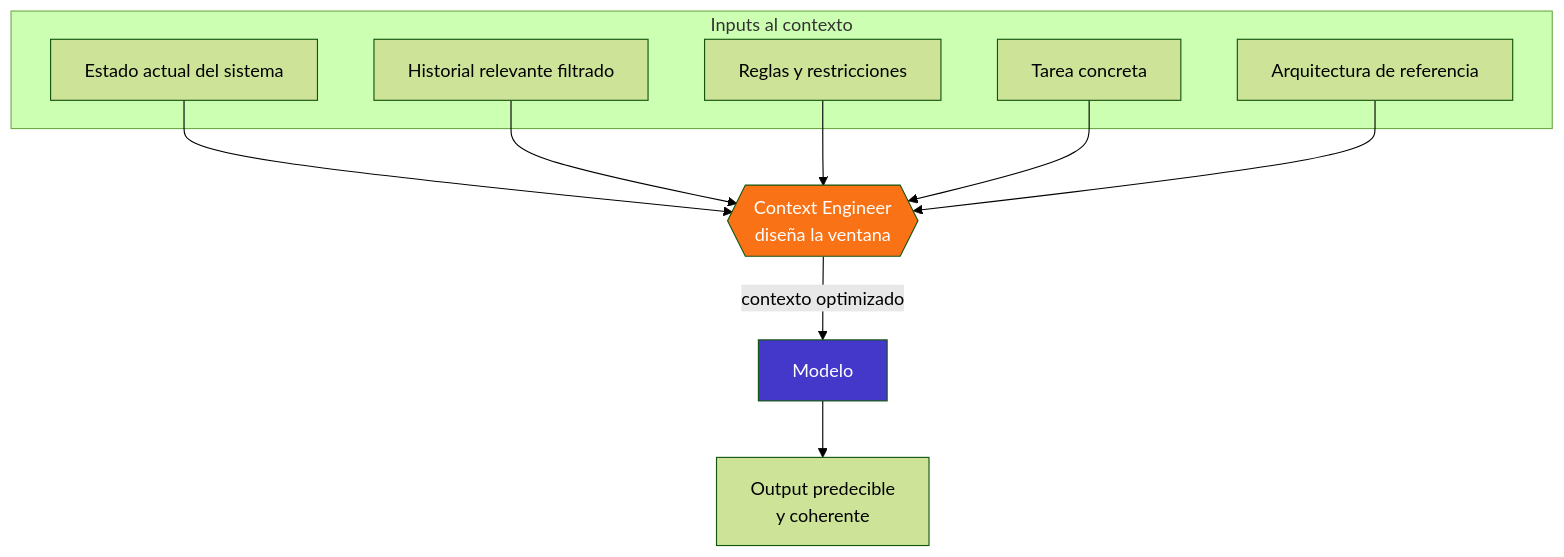
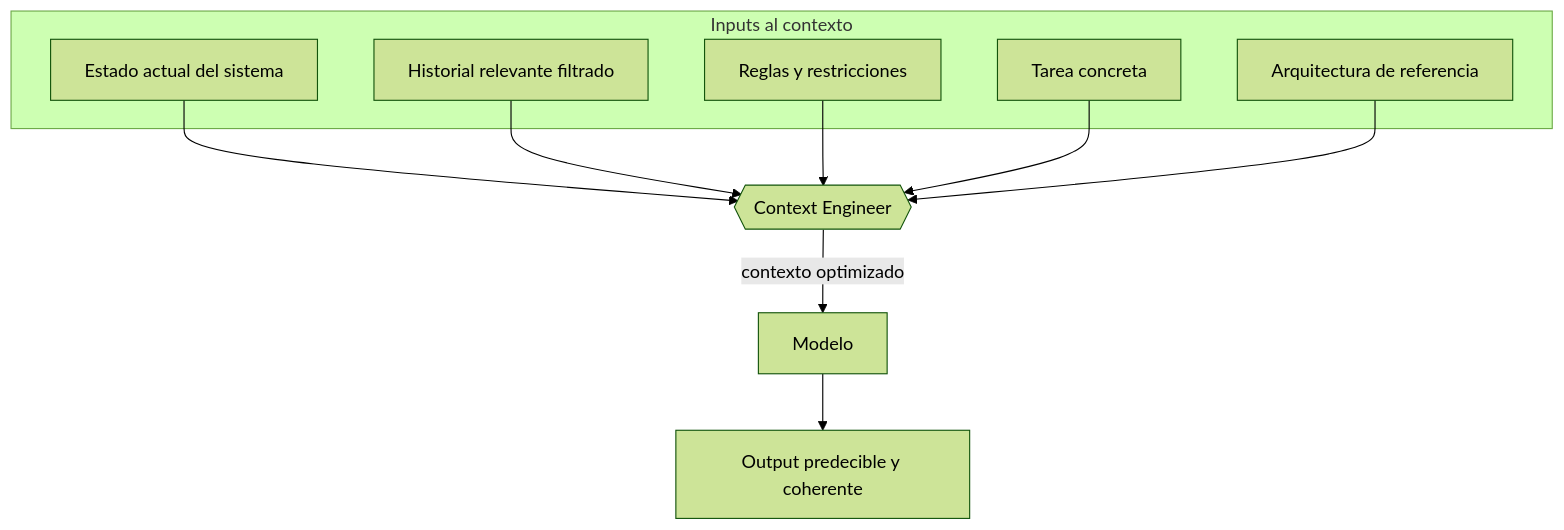
Before and after one commit to rcm-on/quarz-blog: the first of 2 diagrams in content/04 Arquitectura IA/context-engineering.md, drawn with Mermaid (forest theme). The commit also changed other lines of this file and 15 other files, not shown here.

````diff
--- a/content/04 Arquitectura IA/context-engineering.md
+++ b/content/04 Arquitectura IA/context-engineering.md
@@ -22,24 +22,22 @@
 ```mermaid
 graph TD
     subgraph Inputs al contexto
         S[Estado actual del sistema]
         H[Historial relevante filtrado]
         R[Reglas y restricciones]
         T[Tarea concreta]
         A[Arquitectura de referencia]
     end
 
-    CE{{"Context Engineer\ndiseña la ventana"}}
+    CE{{"Context Engineer"}}
 
     S --> CE
     H --> CE
     R --> CE
     T --> CE
     A --> CE
 
     CE -->|contexto optimizado| M[Modelo]
-    M --> OUT[Output predecible\ny coherente]
+    M --> OUT[Output predecible y coherente]
 
-    style CE fill:#f97316,color:#fff
-    style M fill:#4338ca,color:#fff
 ```
````
